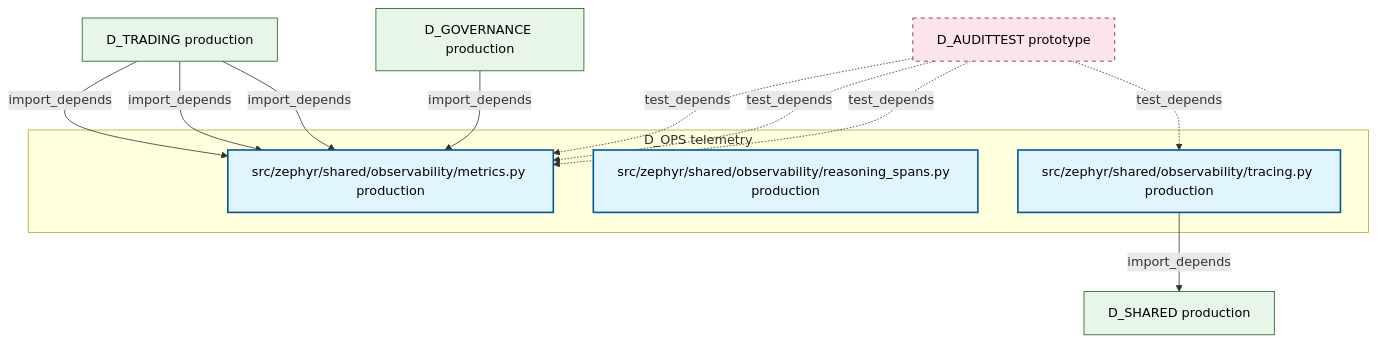
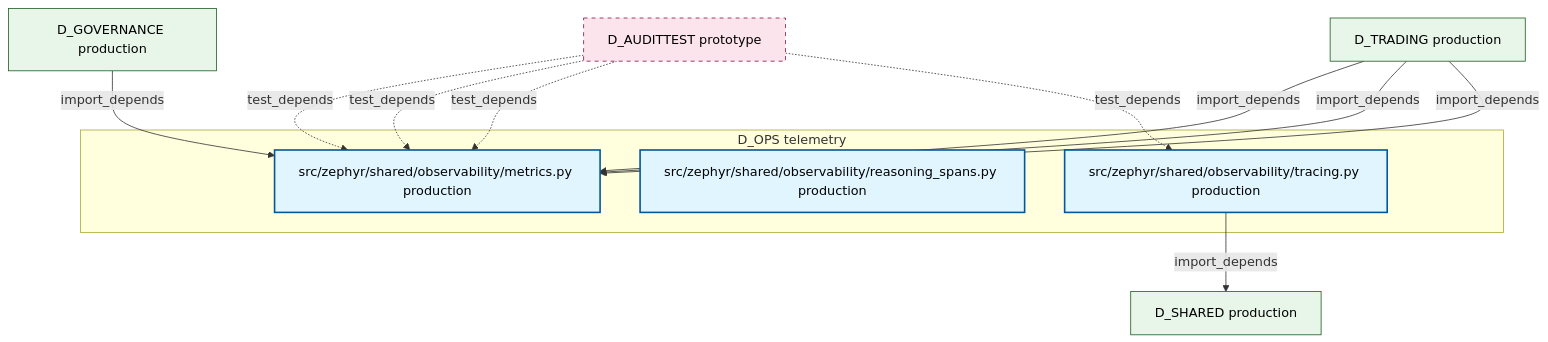
Before and after one commit to xuanFelixVan/ZephyrAlpha: the diagram in docs/02_enterprise_architecture/02_domain_architecture_docs/15_d_ops.md, drawn with Mermaid. The commit also changed other lines of this file and 70 other files, not shown here.

````diff
--- a/docs/02_enterprise_architecture/02_domain_architecture_docs/15_d_ops.md
+++ b/docs/02_enterprise_architecture/02_domain_architecture_docs/15_d_ops.md
@@ -47,28 +47,28 @@
 ```mermaid
 graph TD
     subgraph D_OPS["D_OPS telemetry"]
         src_zephyr_shared_observability_metrics_py["src/zephyr/shared/observability/metrics.py production"]
         src_zephyr_shared_observability_reasoning_spans_py["src/zephyr/shared/observability/reasoning_spans.py production"]
         src_zephyr_shared_observability_tracing_py["src/zephyr/shared/observability/tracing.py production"]
     end
     D_SHARED["D_SHARED production"]
     src_zephyr_shared_observability_tracing_py -->|import_depends| D_SHARED
-    D_TRADING["D_TRADING production"]
-    D_TRADING -->|import_depends| src_zephyr_shared_observability_metrics_py
-    D_TRADING -->|import_depends| src_zephyr_shared_observability_metrics_py
     D_AUDITTEST["D_AUDITTEST prototype"]
     D_AUDITTEST -.->|test_depends| src_zephyr_shared_observability_metrics_py
     D_GOVERNANCE["D_GOVERNANCE production"]
     D_GOVERNANCE -->|import_depends| src_zephyr_shared_observability_metrics_py
     D_AUDITTEST -.->|test_depends| src_zephyr_shared_observability_metrics_py
+    D_TRADING["D_TRADING production"]
+    D_TRADING -->|import_depends| src_zephyr_shared_observability_metrics_py
     D_TRADING -->|import_depends| src_zephyr_shared_observability_metrics_py
     D_AUDITTEST -.->|test_depends| src_zephyr_shared_observability_metrics_py
+    D_TRADING -->|import_depends| src_zephyr_shared_observability_metrics_py
     D_AUDITTEST -.->|test_depends| src_zephyr_shared_observability_tracing_py
     classDef production fill:#e1f5fe,stroke:#01579b,stroke-width:2px,color:#000
     classDef design fill:#fff3e0,stroke:#e65100,stroke-width:2px,color:#000,stroke-dasharray: 5 5
     classDef external_prod fill:#e8f5e9,stroke:#1b5e20,stroke-width:1px,color:#000
     classDef external_design fill:#fce4ec,stroke:#880e4f,stroke-width:1px,color:#000,stroke-dasharray: 5 5
     class src_zephyr_shared_observability_metrics_py,src_zephyr_shared_observability_reasoning_spans_py,src_zephyr_shared_observability_tracing_py production
-    class D_SHARED,D_TRADING,D_GOVERNANCE external_prod
+    class D_SHARED,D_GOVERNANCE,D_TRADING external_prod
     class D_AUDITTEST external_design
 ```
````
